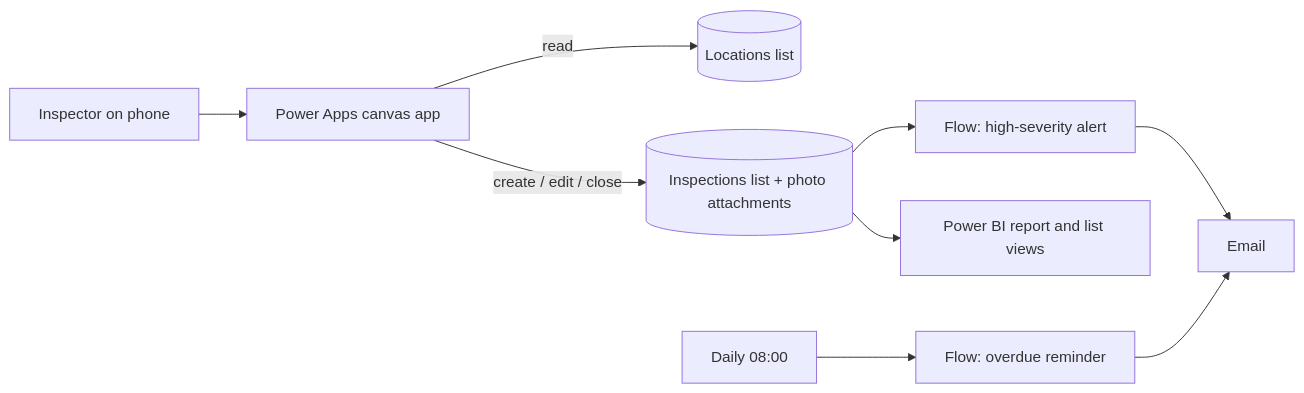
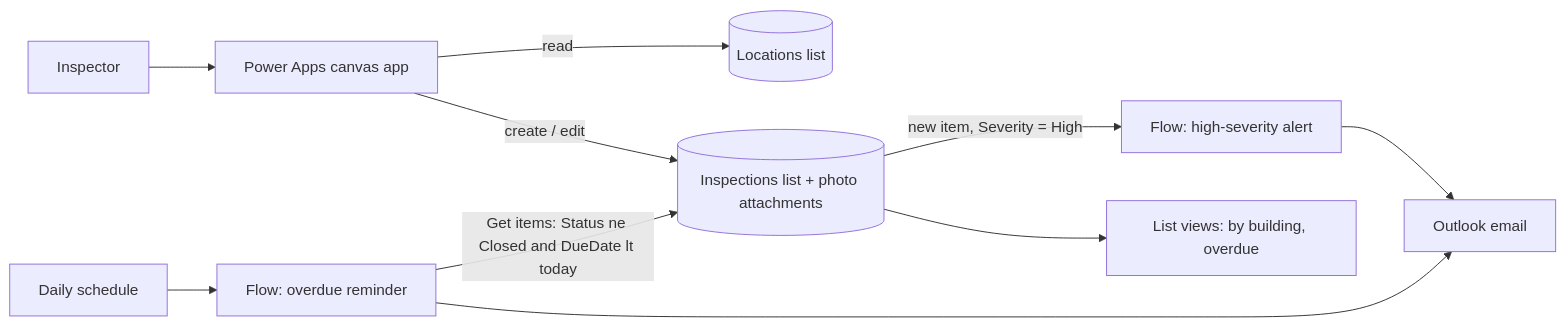
The diagram in README.md (Yang-Zhang1994/workplace-inspections-powerapp), drawn with Mermaid before and after one commit. The commit also changed other lines of this file and 12 other files, not shown here.

Commit message:
Built and tested: app, flows, list views; docs and screenshots as built

````diff
--- a/README.md
+++ b/README.md
@@ -25,9 +28,10 @@
 ```mermaid
 flowchart LR
-    I[Inspector on phone] --> A[Power Apps canvas app]
+    I[Inspector] --> A[Power Apps canvas app]
     A -->|read| L[(Locations list)]
-    A -->|create / edit / close| N[(Inspections list + photo attachments)]
-    N --> F1[Flow: high-severity alert] --> E[Email]
-    S[Daily 08:00] --> F2[Flow: overdue reminder] --> E
-    N --> R[Power BI report and list views]
+    A -->|create / edit| N[(Inspections list + photo attachments)]
+    N -->|new item, Severity = High| F1[Flow: high-severity alert] --> E[Outlook email]
+    S[Daily schedule] --> F2[Flow: overdue reminder] -->|Get items: Status ne Closed and DueDate lt today| N
+    F2 --> E
+    N --> V[List views: by building, overdue]
 ```
````
